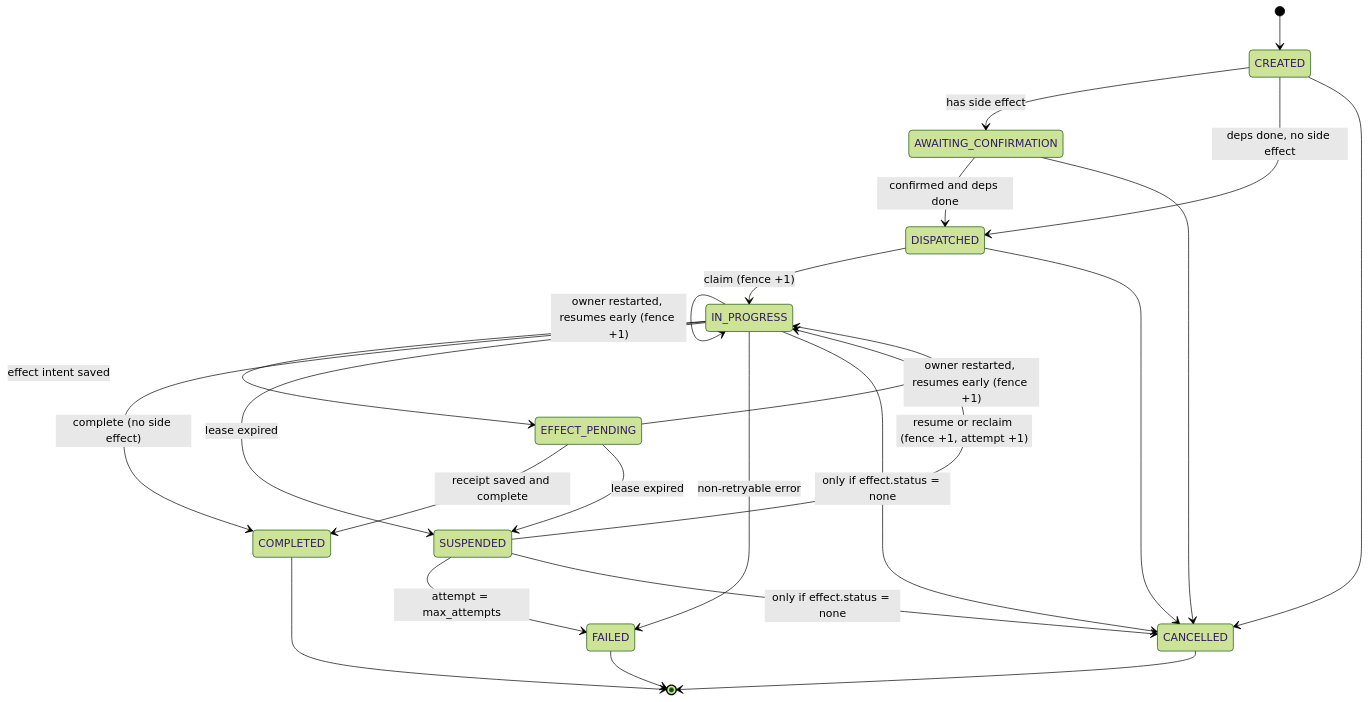
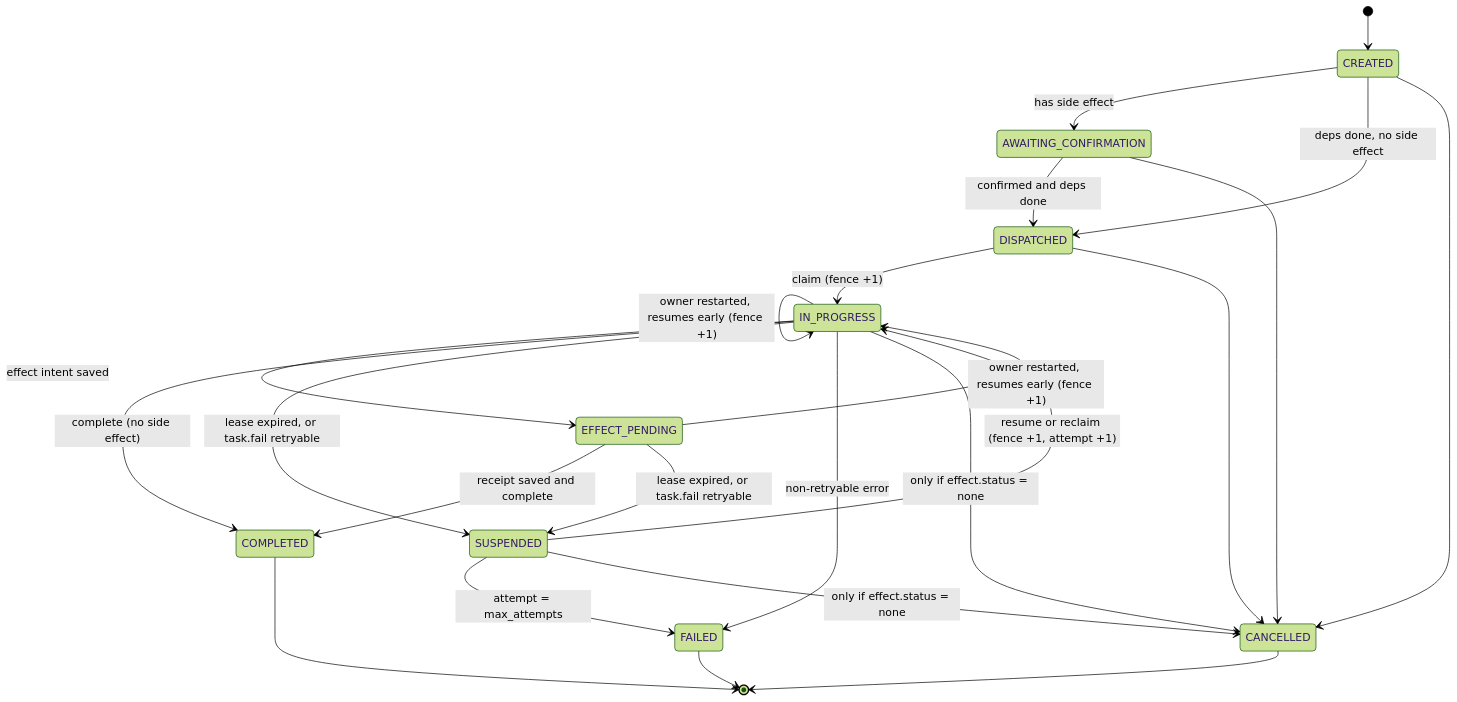
The diagram in docs/STATE_MACHINE.md (aiori-hackathon/A3-PS021-TC397), drawn with Mermaid (forest theme) before and after one commit. The commit also changed other lines of this file and 18 other files, not shown here.

First line of the commit message:
core: add schema models, state machine, router and codecs

````diff
--- a/docs/STATE_MACHINE.md
+++ b/docs/STATE_MACHINE.md
@@ -23,26 +23,26 @@
 ```mermaid
 stateDiagram-v2
     [*] --> CREATED
     CREATED --> AWAITING_CONFIRMATION: has side effect
     CREATED --> DISPATCHED: deps done, no side effect
     AWAITING_CONFIRMATION --> DISPATCHED: confirmed and deps done
     DISPATCHED --> IN_PROGRESS: claim (fence +1)
     IN_PROGRESS --> EFFECT_PENDING: effect intent saved
     IN_PROGRESS --> COMPLETED: complete (no side effect)
     EFFECT_PENDING --> COMPLETED: receipt saved and complete
-    IN_PROGRESS --> SUSPENDED: lease expired
-    EFFECT_PENDING --> SUSPENDED: lease expired
+    IN_PROGRESS --> SUSPENDED: lease expired, or task.fail retryable
+    EFFECT_PENDING --> SUSPENDED: lease expired, or task.fail retryable
     SUSPENDED --> IN_PROGRESS: resume or reclaim (fence +1, attempt +1)
     EFFECT_PENDING --> IN_PROGRESS: owner restarted, resumes early (fence +1)
     IN_PROGRESS --> IN_PROGRESS: owner restarted, resumes early (fence +1)
     SUSPENDED --> FAILED: attempt = max_attempts
     IN_PROGRESS --> FAILED: non-retryable error
     CREATED --> CANCELLED
     AWAITING_CONFIRMATION --> CANCELLED
     DISPATCHED --> CANCELLED
     IN_PROGRESS --> CANCELLED: only if effect.status = none
     SUSPENDED --> CANCELLED: only if effect.status = none
     COMPLETED --> [*]
     FAILED --> [*]
     CANCELLED --> [*]
 ```
````
